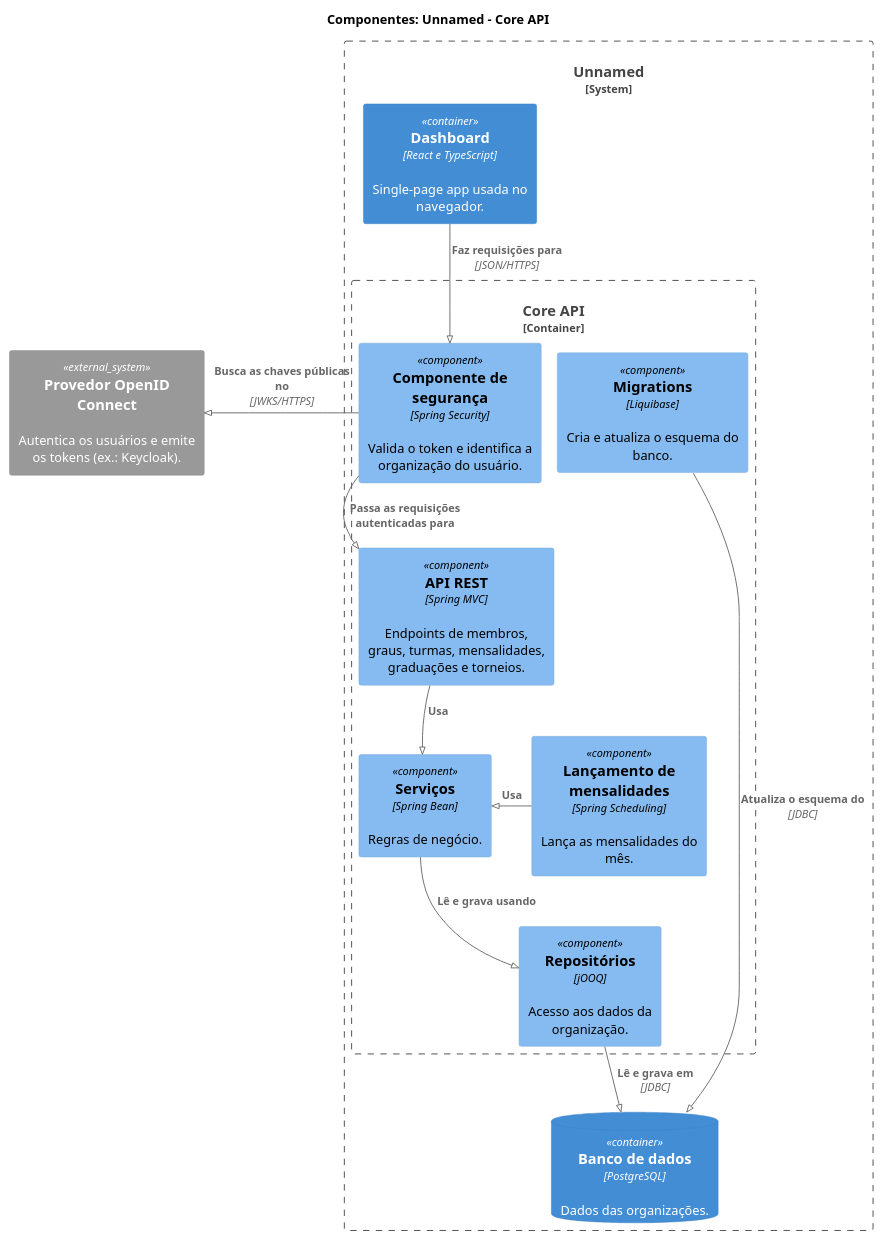
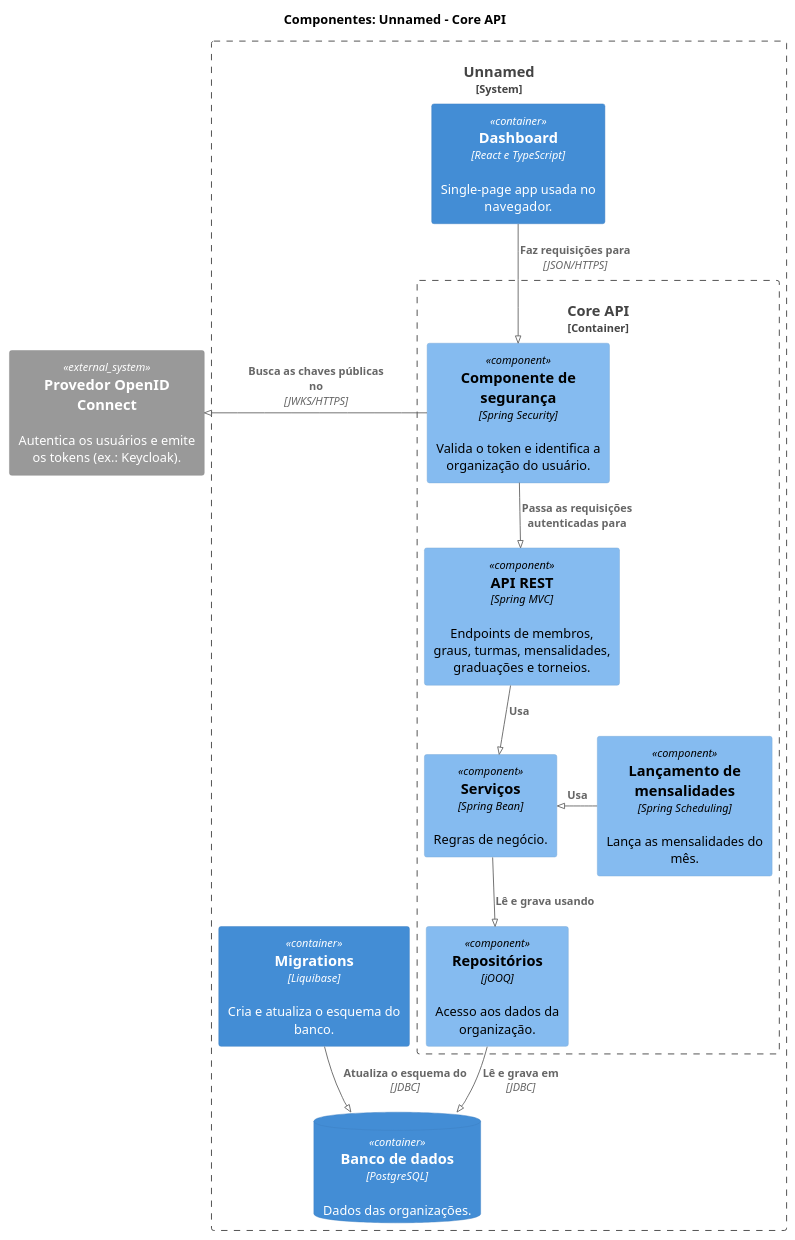
The diagram in docs/c4-3-component.puml (alvarengacarlos/Unnamed), drawn with PlantUML before and after one commit. The commit also changed 3 other files, not shown here.

```diff
--- a/docs/c4-3-component.puml
+++ b/docs/c4-3-component.puml
@@ -1,36 +1,37 @@
 @startuml c4-3-component
 ' Layout embutido no PlantUML, para o diagrama renderizar sem o Graphviz instalado
 !pragma layout smetana
 !include <C4/C4_Component>
 
 ' C4, nível 3: os componentes da Core API.
 ' Nível anterior: c4-2-container.puml
 
 title Componentes: Unnamed - Core API
 
 System_Boundary(unnamed, "Unnamed") {
     Container(spa, "Dashboard", "React e TypeScript", "Single-page app usada no navegador.")
 
     Container_Boundary(api, "Core API") {
         Component(security, "Componente de segurança", "Spring Security", "Valida o token e identifica a organização do usuário.")
         Component(controllers, "API REST", "Spring MVC", "Endpoints de membros, graus, turmas, mensalidades, graduações e torneios.")
         Component(job, "Lançamento de mensalidades", "Spring Scheduling", "Lança as mensalidades do mês.")
         Component(services, "Serviços", "Spring Bean", "Regras de negócio.")
         Component(repositories, "Repositórios", "jOOQ", "Acesso aos dados da organização.")
-        Component(migrations, "Migrations", "Liquibase", "Cria e atualiza o esquema do banco.")
     }
+
+    Container(migrations, "Migrations", "Liquibase", "Cria e atualiza o esquema do banco.")
 
     ContainerDb(db, "Banco de dados", "PostgreSQL", "Dados das organizações.")
 }
 
 System_Ext(oidc, "Provedor OpenID Connect", "Autentica os usuários e emite os tokens (ex.: Keycloak).")
 
 Rel_D(spa, security, "Faz requisições para", "JSON/HTTPS")
 Rel_R(security, oidc, "Busca as chaves públicas no", "JWKS/HTTPS")
 Rel_D(security, controllers, "Passa as requisições autenticadas para")
 Rel_D(controllers, services, "Usa")
 Rel_L(job, services, "Usa")
 Rel_D(services, repositories, "Lê e grava usando")
 Rel_D(repositories, db, "Lê e grava em", "JDBC")
 Rel_D(migrations, db, "Atualiza o esquema do", "JDBC")
 @enduml
```
